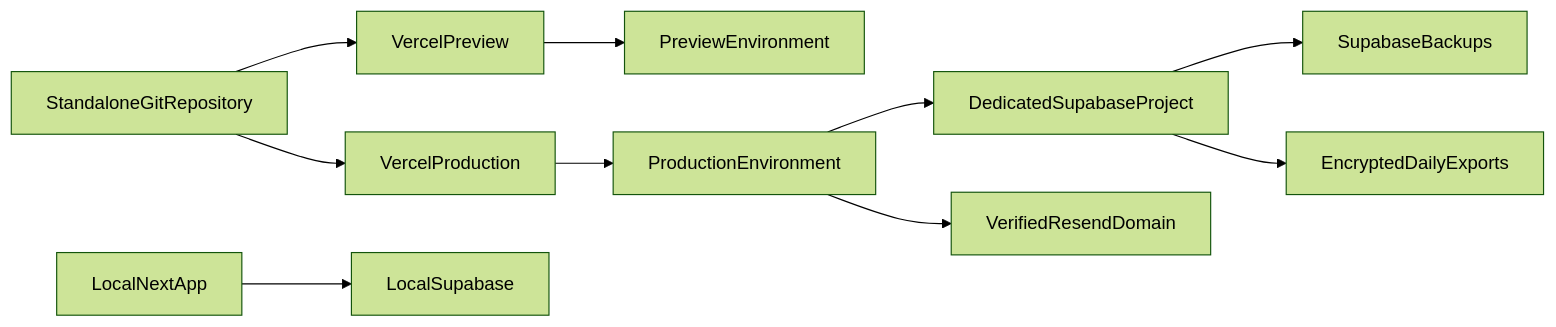
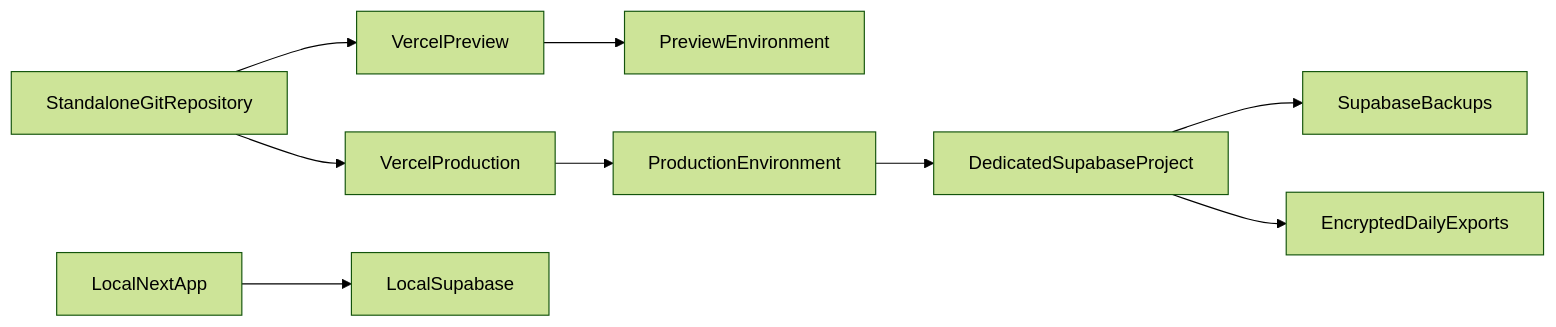
One commit to AmeerulH/check-in-platform changed the ninth of 9 diagrams in docs/MASTER_SPEC.md. Above: the diagram before and after it, drawn with Mermaid (forest theme). The commit also changed other lines of this file and 16 other files, not shown here.

````diff
--- a/docs/MASTER_SPEC.md
+++ b/docs/MASTER_SPEC.md
@@ -1063,15 +1058,13 @@
 ```mermaid
 flowchart LR
   GitRepo[StandaloneGitRepository] --> VercelPreview[VercelPreview]
   GitRepo --> VercelProduction[VercelProduction]
 
   LocalApp[LocalNextApp] --> LocalSupabase[LocalSupabase]
   VercelPreview --> PreviewConfig[PreviewEnvironment]
   VercelProduction --> ProductionConfig[ProductionEnvironment]
 
   ProductionConfig --> ProductionSupabase[DedicatedSupabaseProject]
-  ProductionConfig --> ResendProduction[VerifiedResendDomain]
-
   ProductionSupabase --> ProviderBackups[SupabaseBackups]
   ProductionSupabase --> DailyExports[EncryptedDailyExports]
 ```
````
